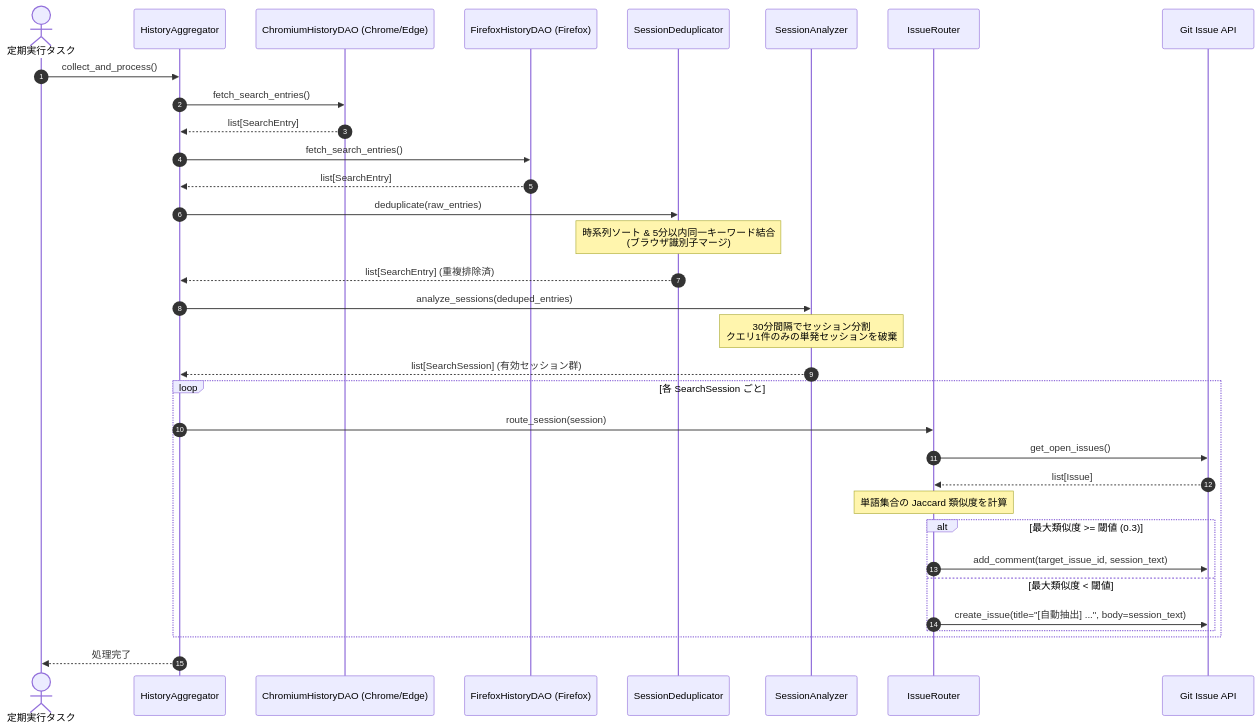
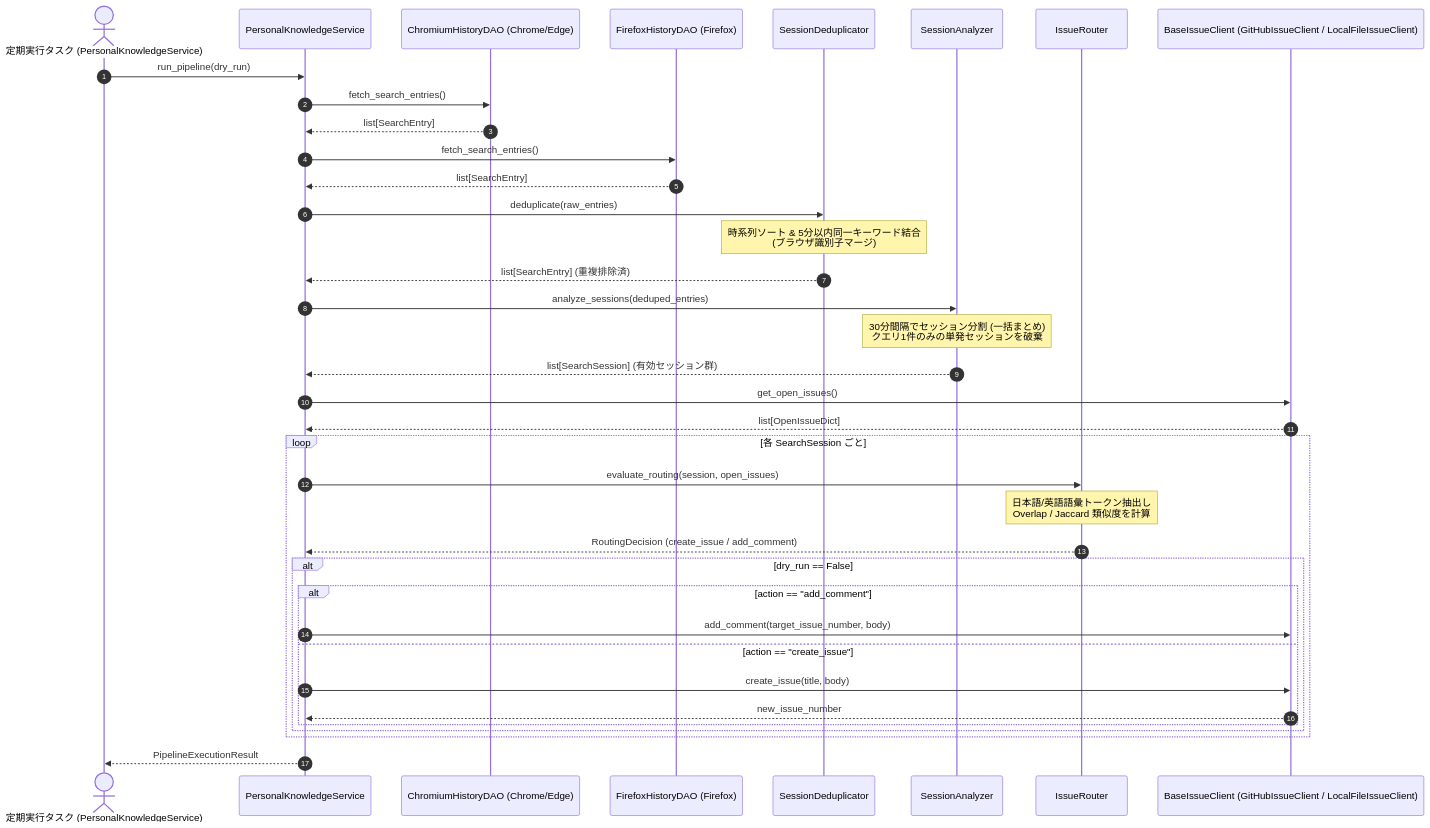
The diagram in docs/design/KNB-DD-008_詳細設計書_ブラウザ検索履歴収集とセッション解析.md (xzyozi/knowage-bank), drawn with Mermaid before and after one commit. The commit also changed other lines of this file and 1 other file, not shown here.

Commit message:
docs: 基本設計書(KNB-BD-002)および詳細設計書(KNB-DD-008)へのBaseIssueClient抽象化と検索一括まとめ仕様の反映

````diff
--- a/docs/design/KNB-DD-008_詳細設計書_ブラウザ検索履歴収集とセッション解析.md
+++ b/docs/design/KNB-DD-008_詳細設計書_ブラウザ検索履歴収集とセッション解析.md
@@ -40,39 +40,45 @@
 ```mermaid
 sequenceDiagram
     autonumber
-    actor Scheduler as 定期実行タスク
-    participant Aggregator as HistoryAggregator
+    actor Scheduler as 定期実行タスク (PersonalKnowledgeService)
+    participant Aggregator as PersonalKnowledgeService
     participant ChromiumDAO as ChromiumHistoryDAO (Chrome/Edge)
     participant FirefoxDAO as FirefoxHistoryDAO (Firefox)
     participant Deduplicator as SessionDeduplicator
     participant Analyzer as SessionAnalyzer
     participant Router as IssueRouter
-    participant GitHub as Git Issue API
+    participant Client as BaseIssueClient (GitHubIssueClient / LocalFileIssueClient)
 
-    Scheduler ->> Aggregator: collect_and_process()
+    Scheduler ->> Aggregator: run_pipeline(dry_run)
     Aggregator ->> ChromiumDAO: fetch_search_entries()
     ChromiumDAO -->> Aggregator: list[SearchEntry]
     Aggregator ->> FirefoxDAO: fetch_search_entries()
     FirefoxDAO -->> Aggregator: list[SearchEntry]
     
     Aggregator ->> Deduplicator: deduplicate(raw_entries)
     Note over Deduplicator: 時系列ソート & 5分以内同一キーワード結合<br>(ブラウザ識別子マージ)
     Deduplicator -->> Aggregator: list[SearchEntry] (重複排除済)
 
     Aggregator ->> Analyzer: analyze_sessions(deduped_entries)
-    Note over Analyzer: 30分間隔でセッション分割<br>クエリ1件のみの単発セッションを破棄
+    Note over Analyzer: 30分間隔でセッション分割 (一括まとめ)<br>クエリ1件のみの単発セッションを破棄
     Analyzer -->> Aggregator: list[SearchSession] (有効セッション群)
 
+    Aggregator ->> Client: get_open_issues()
+    Client -->> Aggregator: list[OpenIssueDict]
+
     loop 各 SearchSession ごと
-        Aggregator ->> Router: route_session(session)
-        Router ->> GitHub: get_open_issues()
-        GitHub -->> Router: list[Issue]
-        Note over Router: 単語集合の Jaccard 類似度を計算
-        alt 最大類似度 >= 閾値 (0.3)
-            Router ->> GitHub: add_comment(target_issue_id, session_text)
-        else 最大類似度 < 閾値
-            Router ->> GitHub: create_issue(title="[自動抽出] ...", body=session_text)
+        Aggregator ->> Router: evaluate_routing(session, open_issues)
+        Note over Router: 日本語/英語語彙トークン抽出し<br>Overlap / Jaccard 類似度を計算
+        Router -->> Aggregator: RoutingDecision (create_issue / add_comment)
+        
+        alt dry_run == False
+            alt action == "add_comment"
+                Aggregator ->> Client: add_comment(target_issue_number, body)
+            else action == "create_issue"
+                Aggregator ->> Client: create_issue(title, body)
+                Client -->> Aggregator: new_issue_number
+            end
         end
     end
-    Aggregator -->> Scheduler: 処理完了
+    Aggregator -->> Scheduler: PipelineExecutionResult
 ```
````
